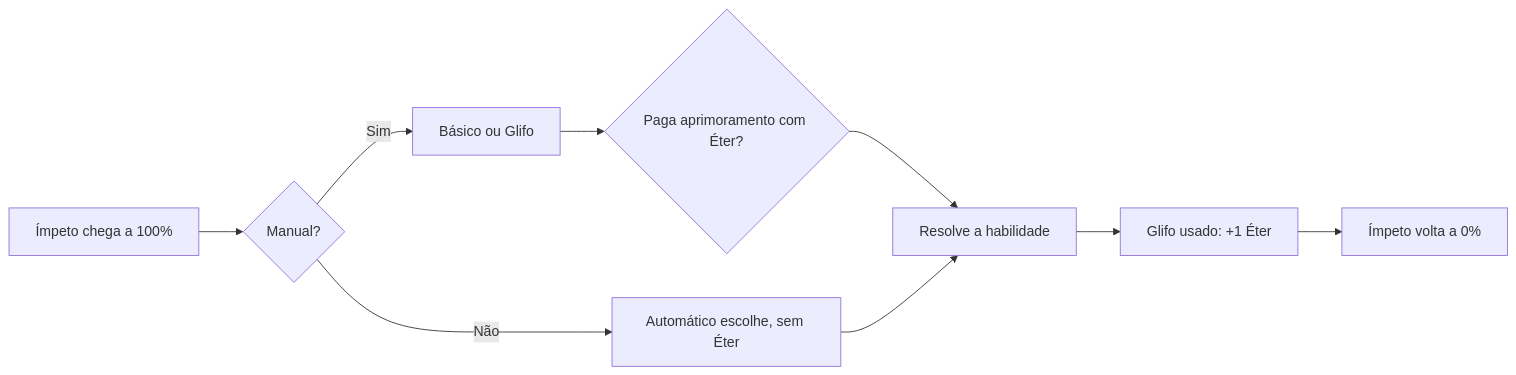
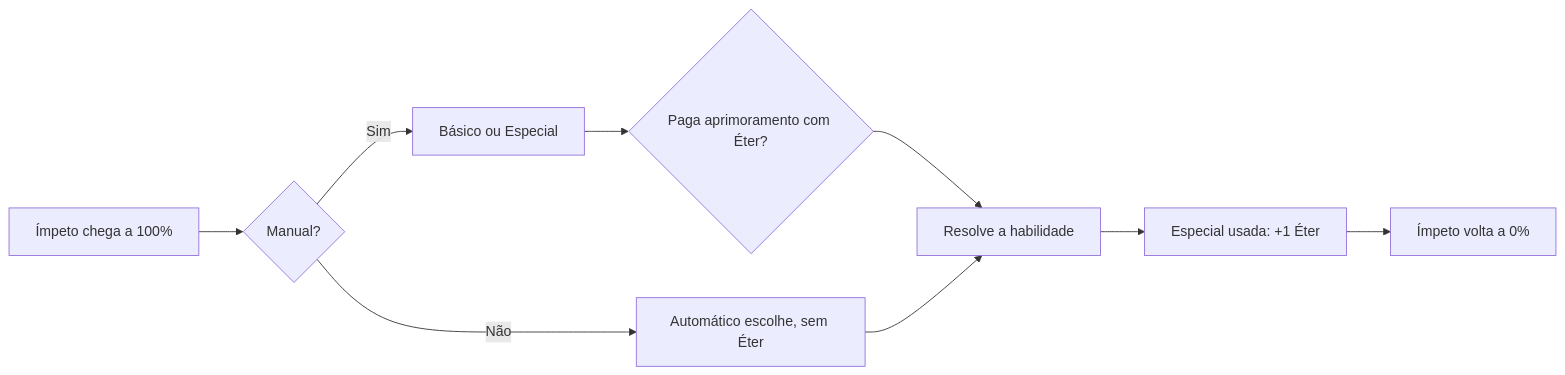
One commit to MinoKael/sigilos-game changed the first of 2 diagrams in SIGILOS — Game Design Document.md. Above: the diagram before and after it, drawn with Mermaid. The commit also changed other lines of this file and 222 other files, not shown here.

````diff
--- a/SIGILOS — Game Design Document.md
+++ b/SIGILOS — Game Design Document.md
@@ -124,11 +132,11 @@
 ```mermaid
 flowchart LR
   A[Ímpeto chega a 100%] --> B{Manual?}
-  B -- Sim --> C[Básico ou Glifo]
+  B -- Sim --> C[Básico ou Especial]
   C --> D{Paga aprimoramento com Éter?}
   D --> E[Resolve a habilidade]
   B -- Não --> F[Automático escolhe, sem Éter]
   F --> E
-  E --> G[Glifo usado: +1 Éter]
+  E --> G[Especial usada: +1 Éter]
   G --> H[Ímpeto volta a 0%]
 ```
````
